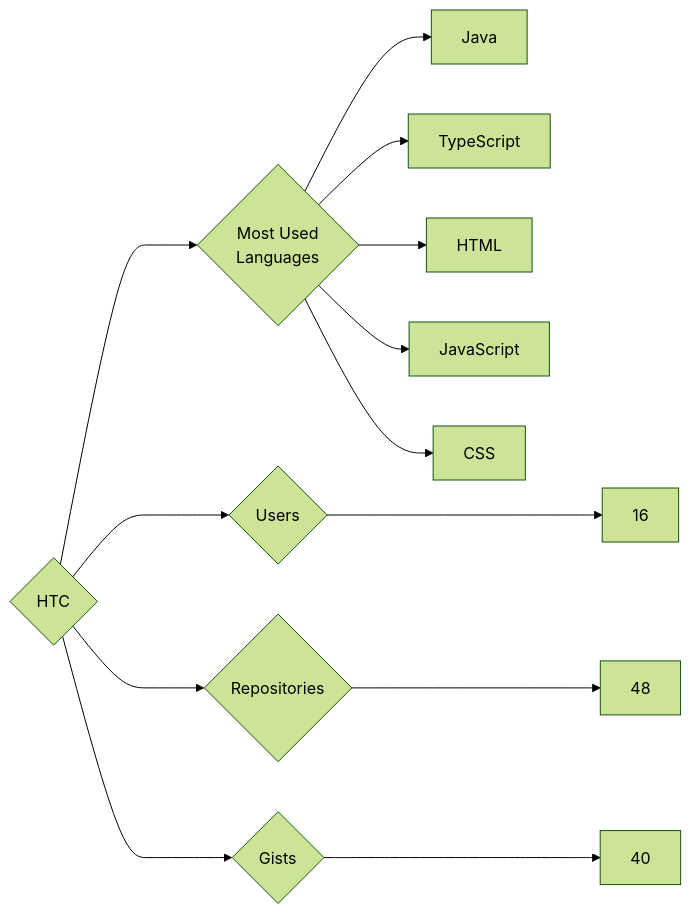
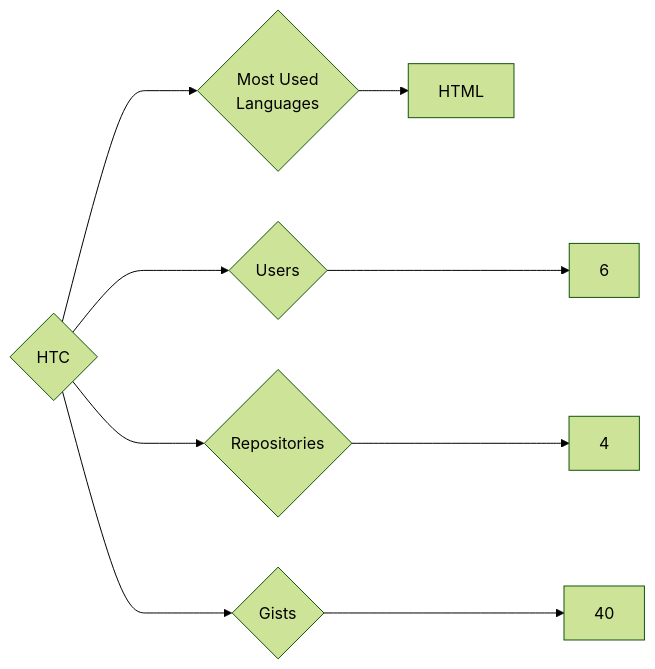
Before and after one commit to trickest/insiders: the diagram in targets/HTC/README.md, drawn with Mermaid (forest theme). The commit also changed 933 other files, not shown here.

````diff
--- a/targets/HTC/README.md
+++ b/targets/HTC/README.md
@@ -3,13 +3,9 @@
 ```mermaid
 graph LR
 COMPANY_NAME{HTC}
-COMPANY_NAME ---> U{Users} ---> UN[16]
-COMPANY_NAME ---> R{Repositories} ---> RN[48]
+COMPANY_NAME ---> U{Users} ---> UN[6]
+COMPANY_NAME ---> R{Repositories} ---> RN[4]
 COMPANY_NAME ---> G{Gists} ---> GN[40]
 COMPANY_NAME ---> ML{Most Used<br>Languages}
-ML --> Java[Java]
-ML --> TypeScript[TypeScript]
 ML --> HTML[HTML]
-ML --> JavaScript[JavaScript]
-ML --> CSS[CSS]
 ```
````
